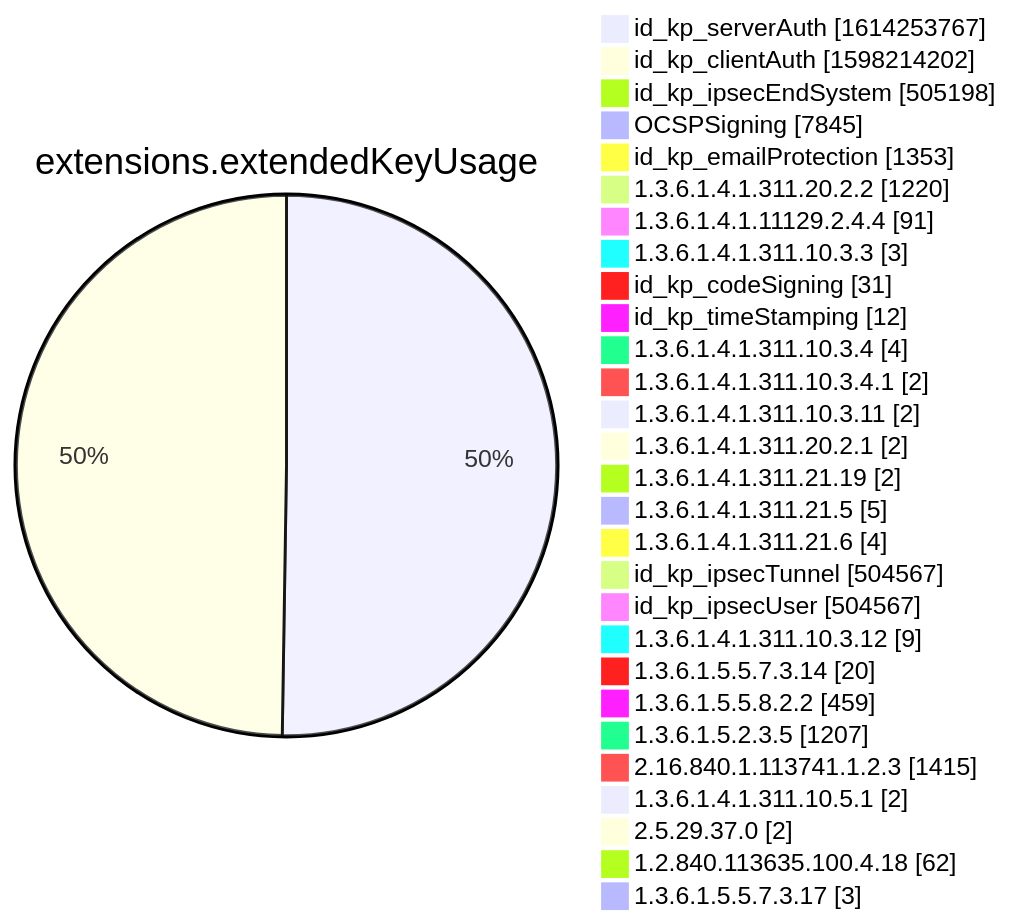
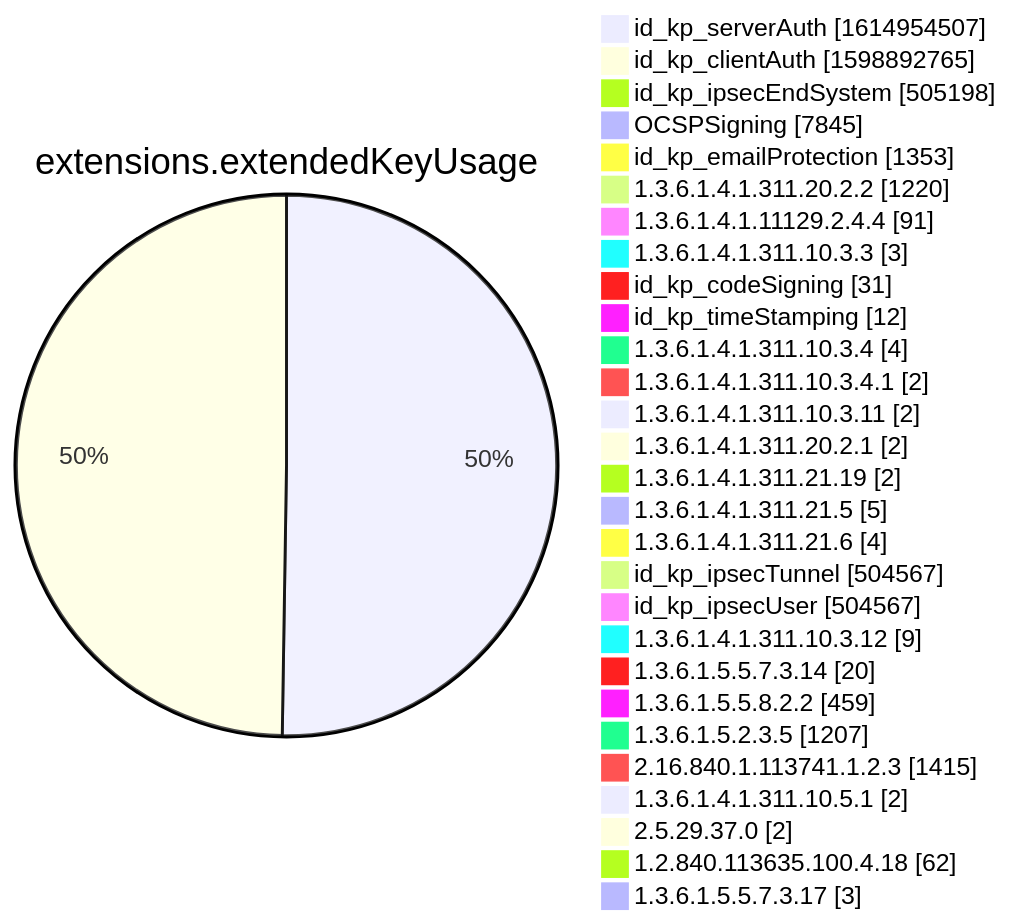
Before and after one commit to christiankrug/ctmonitor_visualization: diagram 12 of 15 in xenon2022/README.md, drawn with Mermaid. The commit also changed other lines of this file, not shown here.

````diff
--- a/xenon2022/README.md
+++ b/xenon2022/README.md
@@ -3885,32 +3885,32 @@
 ```mermaid
 pie showData
 title extensions.extendedKeyUsage
-"id_kp_serverAuth" :1614253767
-"id_kp_clientAuth" :1598214202
+"id_kp_serverAuth" :1614954507
+"id_kp_clientAuth" :1598892765
 "id_kp_ipsecEndSystem" :505198
 "OCSPSigning" :7845
 "id_kp_emailProtection" :1353
 "1.3.6.1.4.1.311.20.2.2" :1220
 "1.3.6.1.4.1.11129.2.4.4" :91
 "1.3.6.1.4.1.311.10.3.3" :3
 "id_kp_codeSigning" :31
 "id_kp_timeStamping" :12
 "1.3.6.1.4.1.311.10.3.4" :4
 "1.3.6.1.4.1.311.10.3.4.1" :2
 "1.3.6.1.4.1.311.10.3.11" :2
 "1.3.6.1.4.1.311.20.2.1" :2
 "1.3.6.1.4.1.311.21.19" :2
 "1.3.6.1.4.1.311.21.5" :5
 "1.3.6.1.4.1.311.21.6" :4
 "id_kp_ipsecTunnel" :504567
 "id_kp_ipsecUser" :504567
 "1.3.6.1.4.1.311.10.3.12" :9
 "1.3.6.1.5.5.7.3.14" :20
 "1.3.6.1.5.5.8.2.2" :459
 "1.3.6.1.5.2.3.5" :1207
 "2.16.840.1.113741.1.2.3" :1415
 "1.3.6.1.4.1.311.10.5.1" :2
 "2.5.29.37.0" :2
 "1.2.840.113635.100.4.18" :62
 "1.3.6.1.5.5.7.3.17" :3
 ```
````
